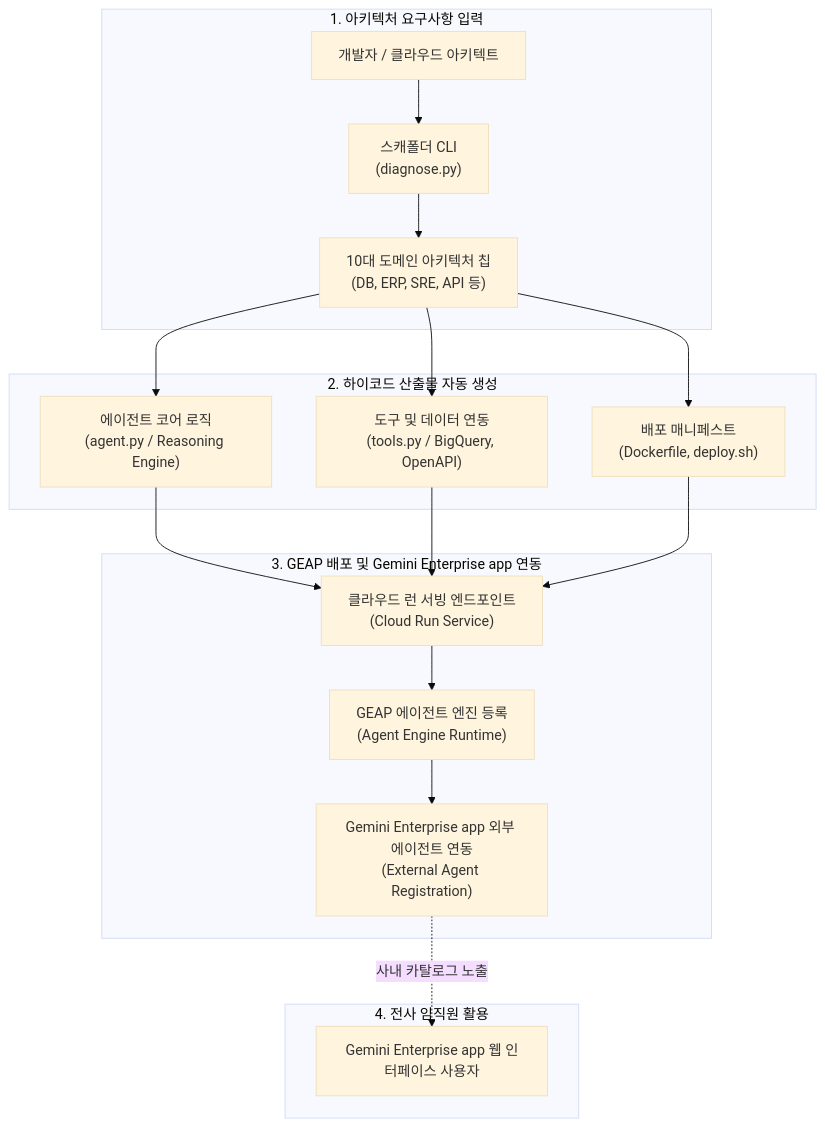
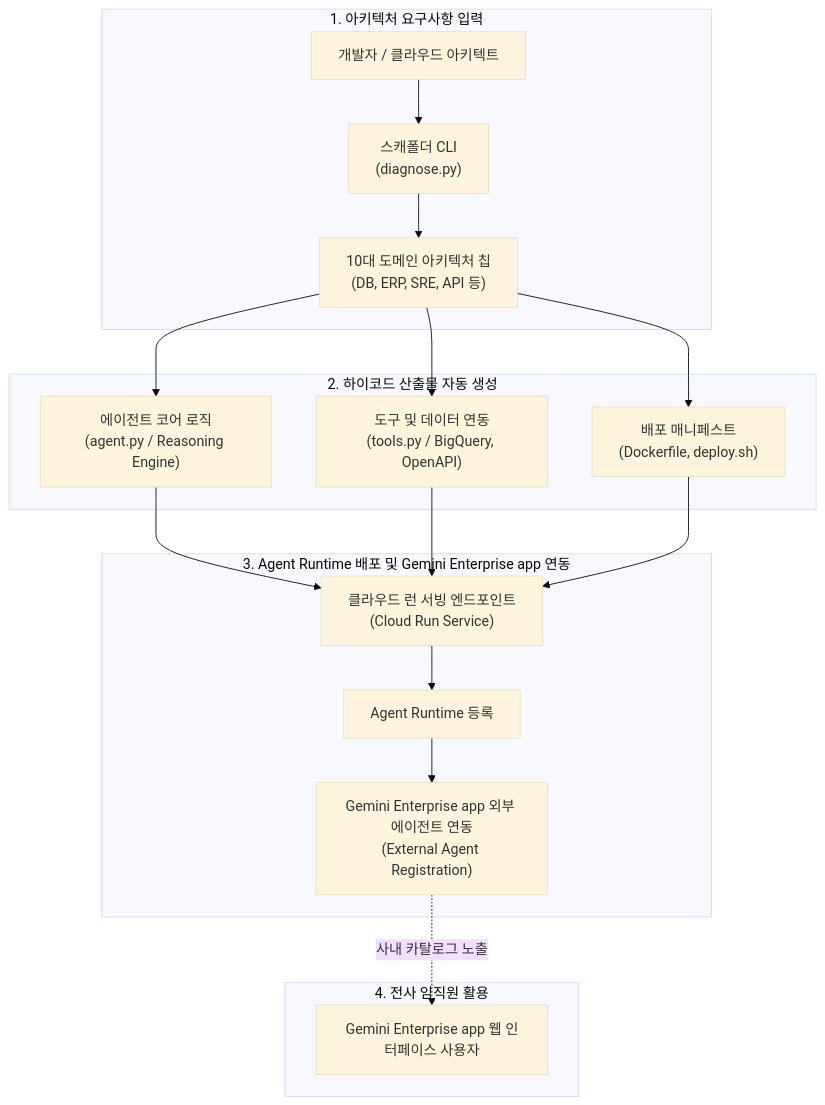
One commit to jiangjun-forge/google-cloud-0-to-1 changed the diagram in samples/gemini-enterprise-copilot-custom/docs/TDD.md. Above: the diagram before and after it, drawn with Mermaid (base theme). The commit also changed other lines of this file and 12 other files, not shown here.

````diff
--- a/samples/gemini-enterprise-copilot-custom/docs/TDD.md
+++ b/samples/gemini-enterprise-copilot-custom/docs/TDD.md
@@ -23,35 +23,35 @@
 ```mermaid
 flowchart TD
     subgraph InputPhase ["1. 아키텍처 요구사항 입력"]
         Dev["개발자 / 클라우드 아키텍트"]
         CLI["스캐폴더 CLI<br/>(diagnose.py)"]
         PresetEngine["10대 도메인 아키텍처 칩<br/>(DB, ERP, SRE, API 등)"]
         Dev --> CLI
         CLI --> PresetEngine
     end
 
     subgraph ScaffoldingPhase ["2. 하이코드 산출물 자동 생성"]
         AgentCode["에이전트 코어 로직<br/>(agent.py / Reasoning Engine)"]
         ToolsCode["도구 및 데이터 연동<br/>(tools.py / BigQuery, OpenAPI)"]
         DeploySpec["배포 매니페스트<br/>(Dockerfile, deploy.sh)"]
         PresetEngine --> AgentCode
         PresetEngine --> ToolsCode
         PresetEngine --> DeploySpec
     end
 
-    subgraph DeploymentPhase ["3. GEAP 배포 및 Gemini Enterprise app 연동"]
+    subgraph DeploymentPhase ["3. Agent Runtime 배포 및 Gemini Enterprise app 연동"]
         CloudRun["클라우드 런 서빙 엔드포인트<br/>(Cloud Run Service)"]
-        AgentEngine["GEAP 에이전트 엔진 등록<br/>(Agent Engine Runtime)"]
+        AgentEngine["Agent Runtime 등록"]
         GEAppBinding["Gemini Enterprise app 외부 에이전트 연동<br/>(External Agent Registration)"]
         AgentCode --> CloudRun
         ToolsCode --> CloudRun
         DeploySpec --> CloudRun
         CloudRun --> AgentEngine
         AgentEngine --> GEAppBinding
     end
 
     subgraph EndUser ["4. 전사 임직원 활용"]
         User["Gemini Enterprise app 웹 인터페이스 사용자"]
         GEAppBinding -.->|"사내 카탈로그 노출"| User
     end
 ```
````
